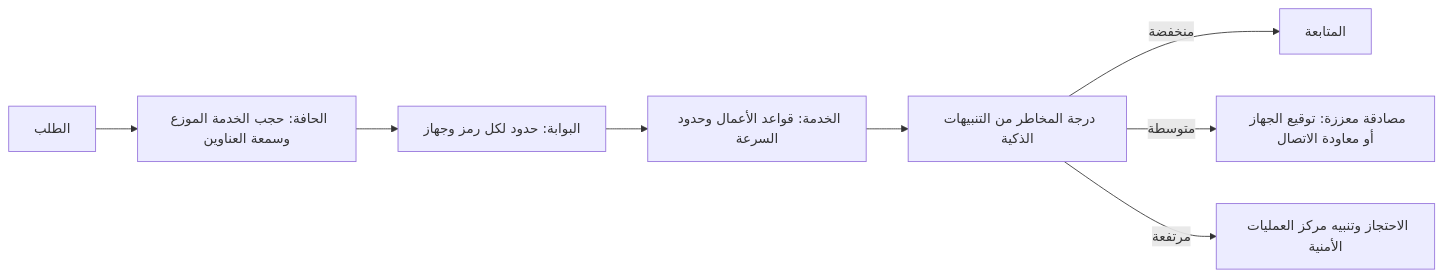
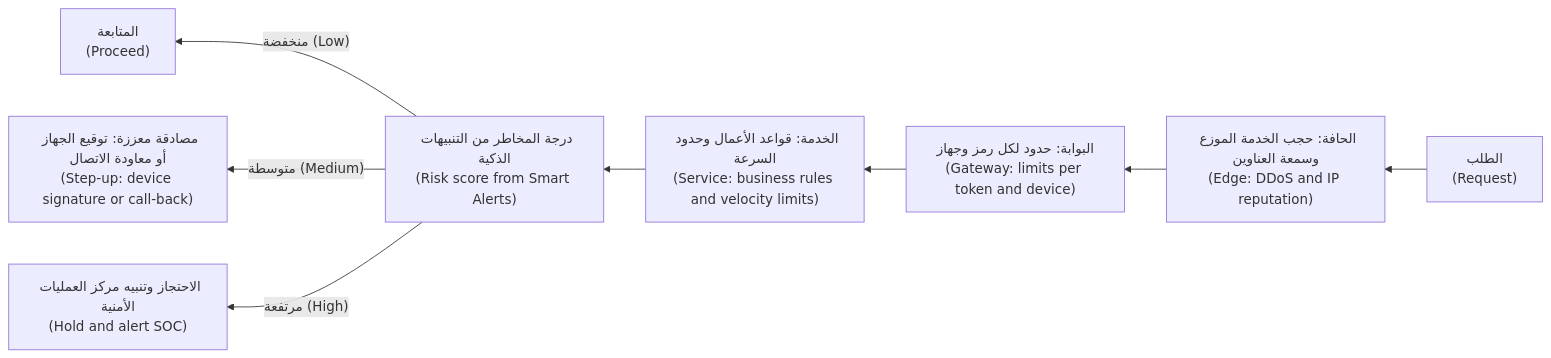
The second of 3 diagrams in secai/modules/04-api-mobile.ar.md (Tamoura/system-design-for-vibe-coders), drawn with Mermaid before and after one commit. The commit also changed other lines of this file and 11 other files, not shown here.

First line of the commit message:
Security course: Arabic modules 10–11 reviewed; RTL diagrams with English labels for modules 0–11

````diff
--- a/secai/modules/04-api-mobile.ar.md
+++ b/secai/modules/04-api-mobile.ar.md
@@ -372,10 +372,10 @@
 ```mermaid
-flowchart LR
-    A["الطلب"] --> B["الحافة: حجب الخدمة الموزع وسمعة العناوين"]
-    B --> C["البوابة: حدود لكل رمز وجهاز"]
-    C --> D["الخدمة: قواعد الأعمال وحدود السرعة"]
-    D --> E["درجة المخاطر من التنبيهات الذكية"]
-    E -->|"منخفضة"| F["المتابعة"]
-    E -->|"متوسطة"| G["مصادقة معززة: توقيع الجهاز أو معاودة الاتصال"]
-    E -->|"مرتفعة"| H["الاحتجاز وتنبيه مركز العمليات الأمنية"]
+flowchart RL
+    A["الطلب<br/>(Request)"] --> B["الحافة: حجب الخدمة الموزع وسمعة العناوين<br/>(Edge: DDoS and IP reputation)"]
+    B --> C["البوابة: حدود لكل رمز وجهاز<br/>(Gateway: limits per token and device)"]
+    C --> D["الخدمة: قواعد الأعمال وحدود السرعة<br/>(Service: business rules and velocity limits)"]
+    D --> E["درجة المخاطر من التنبيهات الذكية<br/>(Risk score from Smart Alerts)"]
+    E -->|"منخفضة (Low)"| F["المتابعة<br/>(Proceed)"]
+    E -->|"متوسطة (Medium)"| G["مصادقة معززة: توقيع الجهاز أو معاودة الاتصال<br/>(Step-up: device signature or call-back)"]
+    E -->|"مرتفعة (High)"| H["الاحتجاز وتنبيه مركز العمليات الأمنية<br/>(Hold and alert SOC)"]
 ```
````
